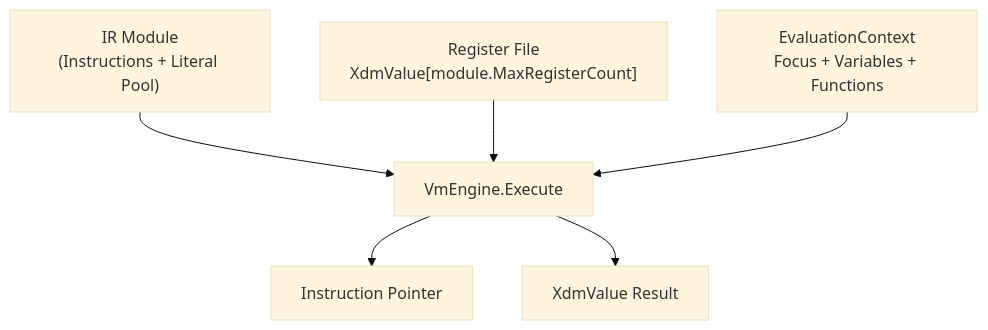
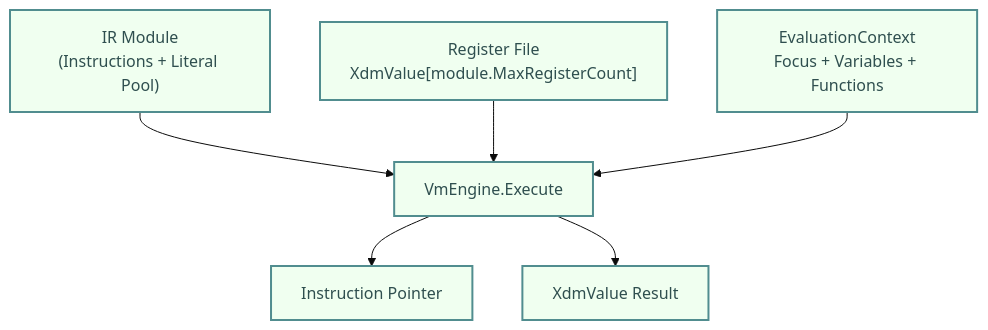
The third of 5 diagrams in docs/ARCHITECTURE.md (Fytala-Charles/Bosak), drawn with Mermaid (base theme) before and after one commit. The commit also changed other lines of this file and 23 other files, not shown here.

````diff
--- a/docs/ARCHITECTURE.md
+++ b/docs/ARCHITECTURE.md
@@ -240,14 +252,18 @@
 ```mermaid
 flowchart TD
     IR["IR Module<br/>(Instructions + Literal Pool)"]
     REG["Register File<br/>XdmValue[module.MaxRegisterCount]"]
     IP["Instruction Pointer"]
     CTX["EvaluationContext<br/>Focus + Variables + Functions"]
     OUT["XdmValue Result"]
 
     IR --> VM["VmEngine.Execute"]
     REG --> VM
     CTX --> VM
     VM --> IP
     VM --> OUT
+
+    classDef current fill:#F0FFF0,stroke:#518D8F,color:#2F4F4F,stroke-width:2px
+
+    class IR,REG,IP,CTX,OUT,VM current
 ```
````
